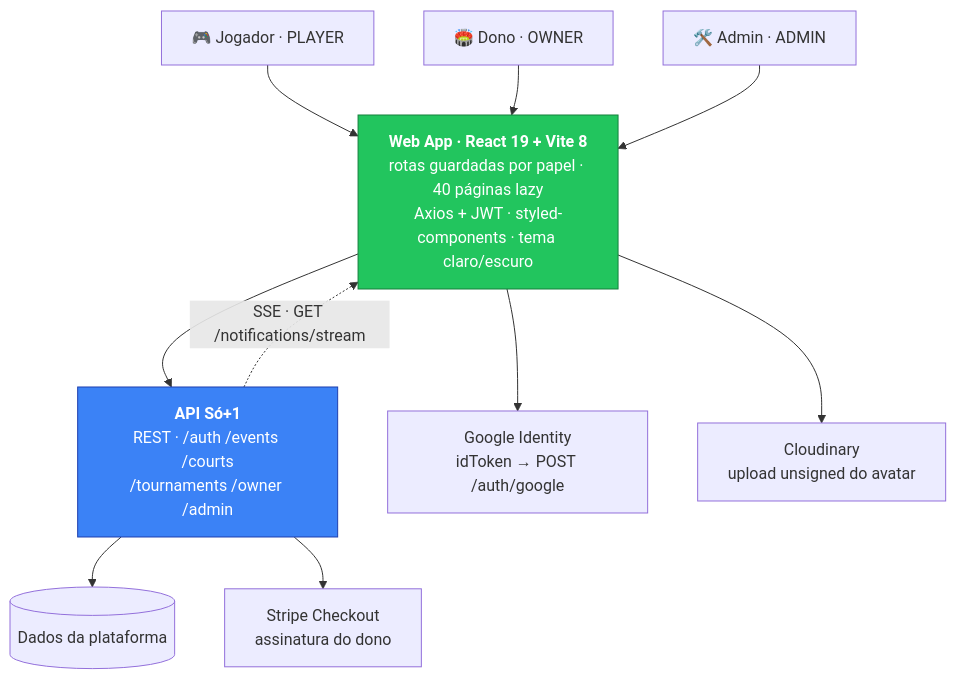
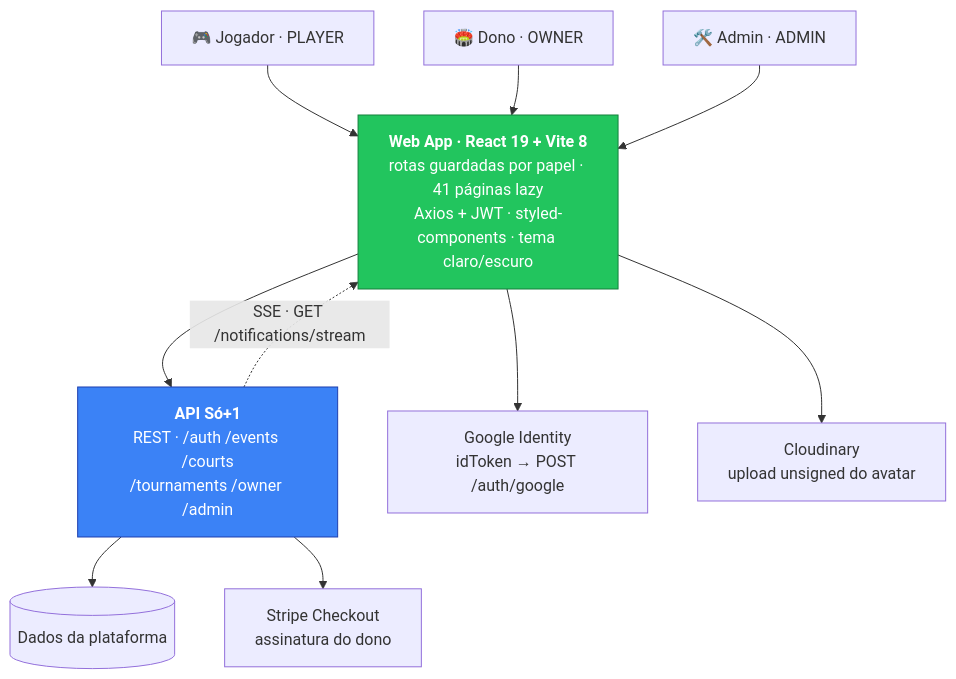
One commit to mateus-vitor-ferreira-dev/so-mais-um-web changed the diagram in README.md. Above: the diagram before and after it, drawn with Mermaid. The commit also changed other lines of this file and 10 other files, not shown here.

````diff
--- a/README.md
+++ b/README.md
@@ -61,20 +61,20 @@
 ```mermaid
 flowchart TB
     P["🎮 Jogador · PLAYER"] --> WEB
     O["🏟️ Dono · OWNER"] --> WEB
     A["🛠️ Admin · ADMIN"] --> WEB
 
-    WEB["<b>Web App · React 19 + Vite 8</b><br/>rotas guardadas por papel · 40 páginas lazy<br/>Axios + JWT · styled-components · tema claro/escuro"]
+    WEB["<b>Web App · React 19 + Vite 8</b><br/>rotas guardadas por papel · 41 páginas lazy<br/>Axios + JWT · styled-components · tema claro/escuro"]
 
     WEB --> API["<b>API Só+1</b><br/>REST · /auth /events /courts<br/>/tournaments /owner /admin"]
     WEB --> G["Google Identity<br/>idToken → POST /auth/google"]
     WEB --> CL["Cloudinary<br/>upload unsigned do avatar"]
 
     API --> DB[("Dados da plataforma")]
     API --> ST["Stripe Checkout<br/>assinatura do dono"]
 
     API -. "SSE · GET /notifications/stream" .-> WEB
 
     style WEB fill:#22C55E,stroke:#15803d,color:#fff
     style API fill:#3B82F6,stroke:#1e40af,color:#fff
 ```
````
